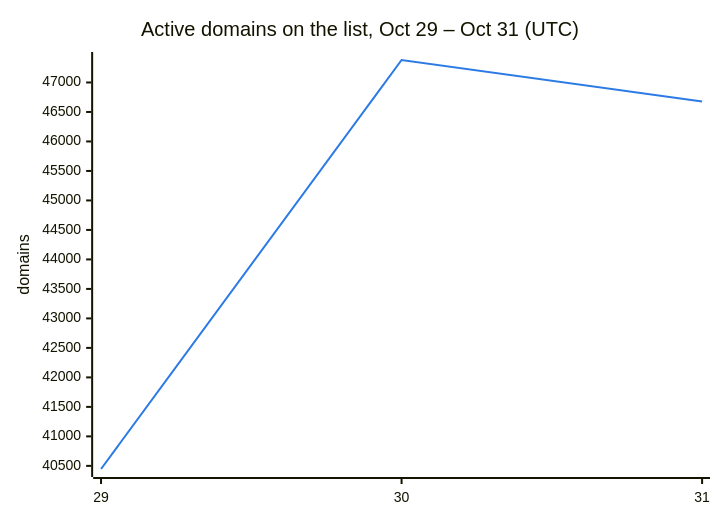
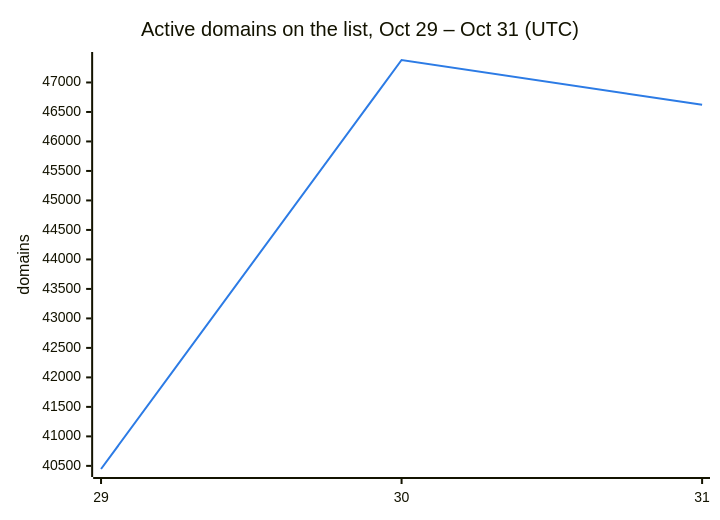
Before and after one commit to DNSBunker/CTI: the second of 3 diagrams in README.md, drawn with Mermaid. The commit also changed other lines of this file and 3 other files, not shown here.

````diff
--- a/README.md
+++ b/README.md
@@ -38,8 +38,8 @@
 ```mermaid
 %%{init: {"themeVariables": {"xyChart": {"plotColorPalette": "#2c7be5"}}}}%%
 xychart-beta
     title "Active domains on the list, Oct 29 – Oct 31 (UTC)"
     x-axis ["29", "30", "31"]
     y-axis "domains"
-    line [40447, 47381, 46678]
+    line [40447, 47381, 46623]
 ```
````
